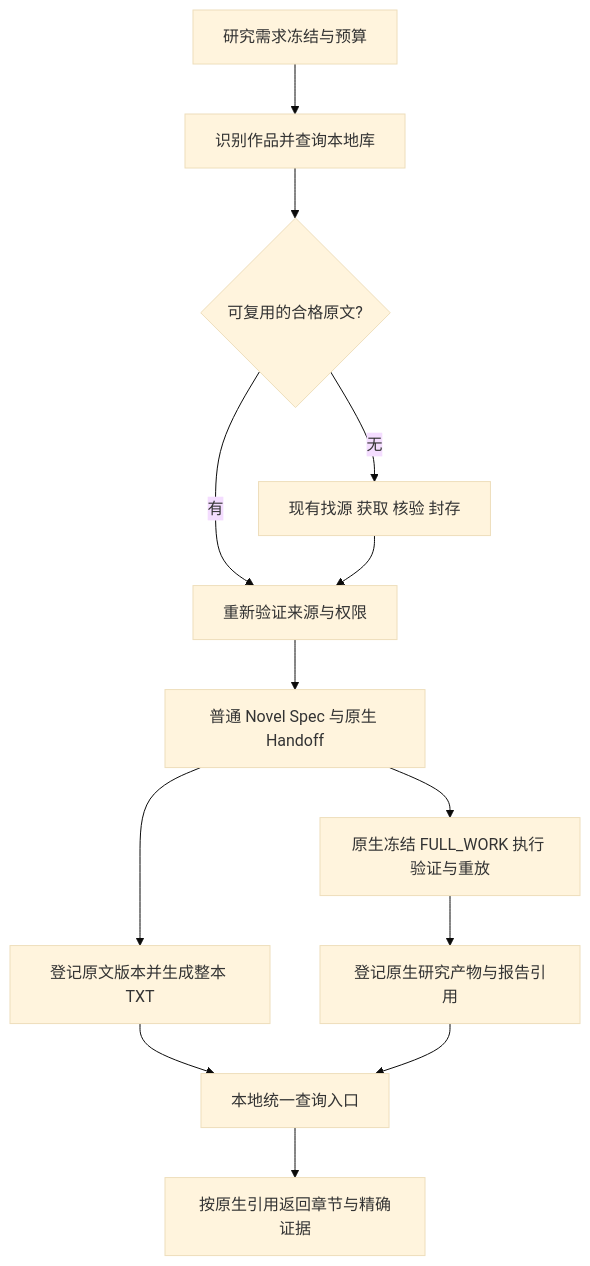
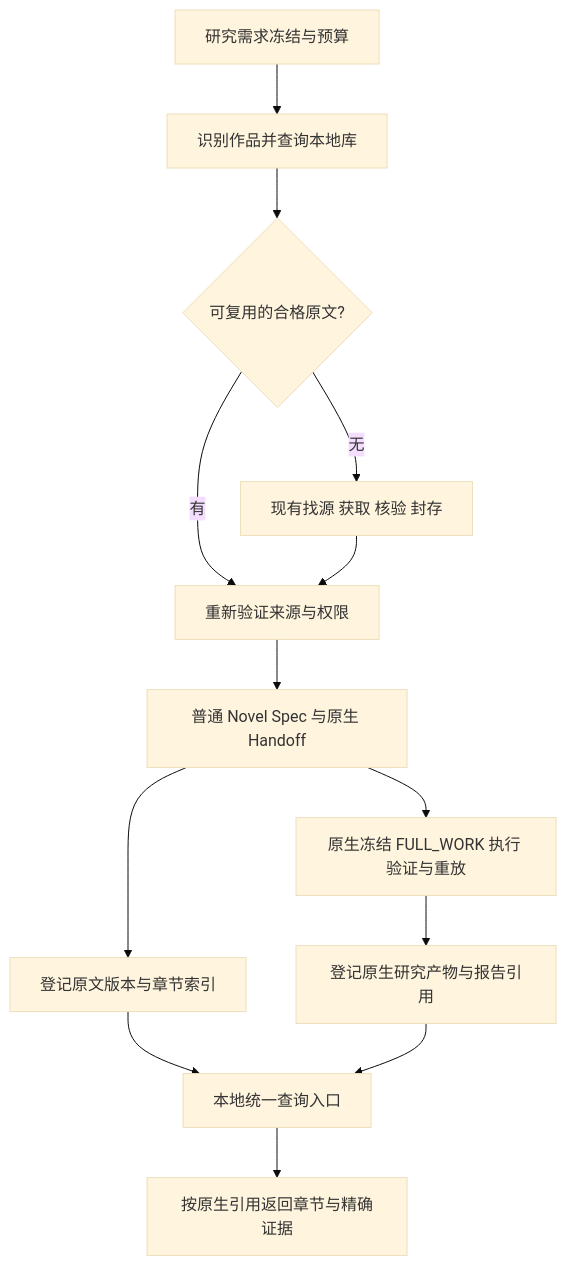
Before and after one commit to solstice621/xhnovel-research-pipeline: the diagram in docs/LOCAL_RESEARCH_LIBRARY_DESIGN.md, drawn with Mermaid (base theme). The commit also changed other lines of this file and 2 other files, not shown here.

Commit message:
docs: keep chapter storage and remove whole-book TXT scope

````diff
--- a/docs/LOCAL_RESEARCH_LIBRARY_DESIGN.md
+++ b/docs/LOCAL_RESEARCH_LIBRARY_DESIGN.md
@@ -50,15 +51,15 @@
 ```mermaid
 flowchart TD
     A[研究需求冻结与预算] --> B[识别作品并查询本地库]
     B --> C{可复用的合格原文?}
     C -->|有| D[重新验证来源与权限]
     C -->|无| E[现有找源 获取 核验 封存]
     E --> D
     D --> G[普通 Novel Spec 与原生 Handoff]
-    G --> F[登记原文版本并生成整本 TXT]
+    G --> F[登记原文版本与章节索引]
     G --> H[原生冻结 FULL_WORK 执行 验证与重放]
     H --> I[登记原生研究产物与报告引用]
     F --> J[本地统一查询入口]
     I --> J
     J --> K[按原生引用返回章节与精确证据]
 ```
````
